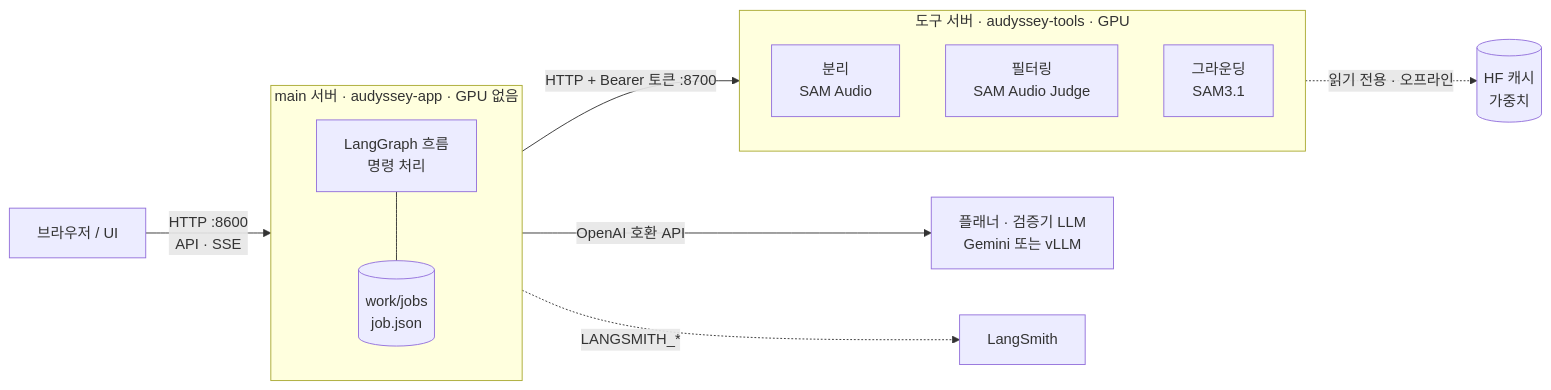
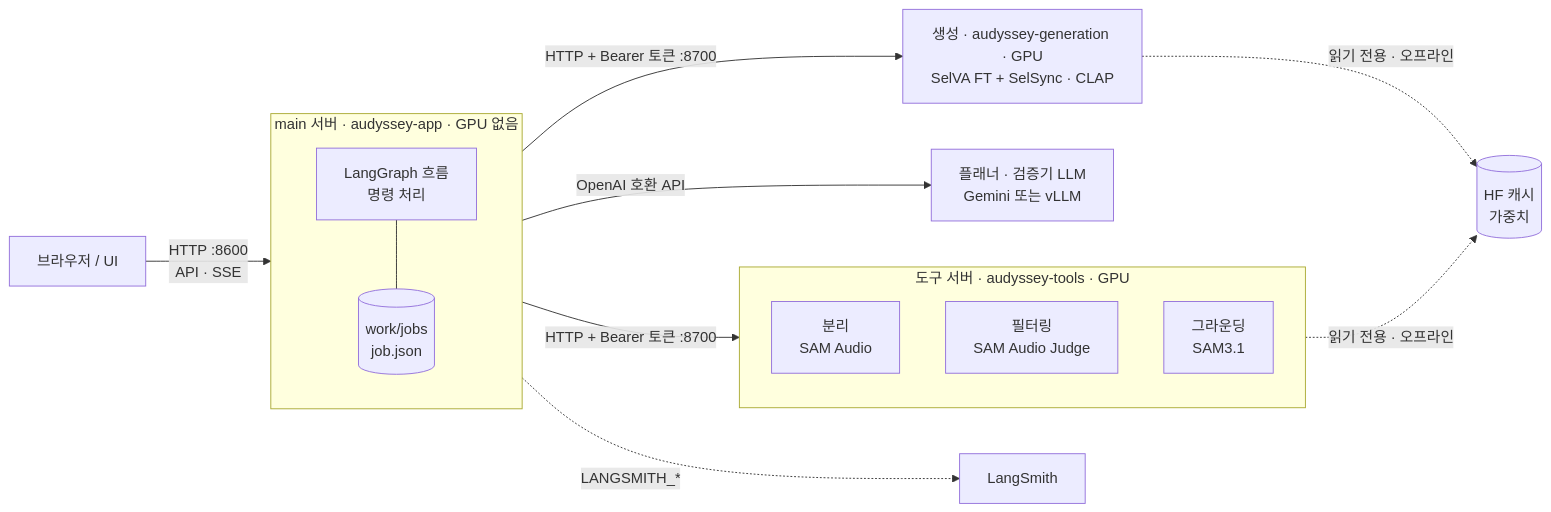
The second of 2 diagrams in README.md (capstone-audissey-fall-2026/audissey), drawn with Mermaid before and after one commit. The commit also changed other lines of this file and 3 other files, not shown here.

````diff
--- a/README.md
+++ b/README.md
@@ -47,16 +47,18 @@
 ```mermaid
 flowchart LR
   UI["브라우저 / UI"] -- "HTTP :8600<br/>API · SSE" --> MAIN
   subgraph MAIN["main 서버 · audyssey-app · GPU 없음"]
     GRAPH["LangGraph 흐름<br/>명령 처리"] --- STORE[("work/jobs<br/>job.json")]
   end
   MAIN -- "OpenAI 호환 API" --> LLM["플래너 · 검증기 LLM<br/>Gemini 또는 vLLM"]
   MAIN -- "HTTP + Bearer 토큰 :8700" --> TOOLS
   subgraph TOOLS["도구 서버 · audyssey-tools · GPU"]
     T1["분리<br/>SAM Audio"]
     T2["필터링<br/>SAM Audio Judge"]
     T3["그라운딩<br/>SAM3.1"]
   end
+  MAIN -- "HTTP + Bearer 토큰 :8700" --> GEN["생성 · audyssey-generation · GPU<br/>SelVA FT + SelSync · CLAP"]
+  GEN -. "읽기 전용 · 오프라인" .-> HF
   TOOLS -. "읽기 전용 · 오프라인" .-> HF[("HF 캐시<br/>가중치")]
   MAIN -. "LANGSMITH_*" .-> LS["LangSmith"]
 ```
````
